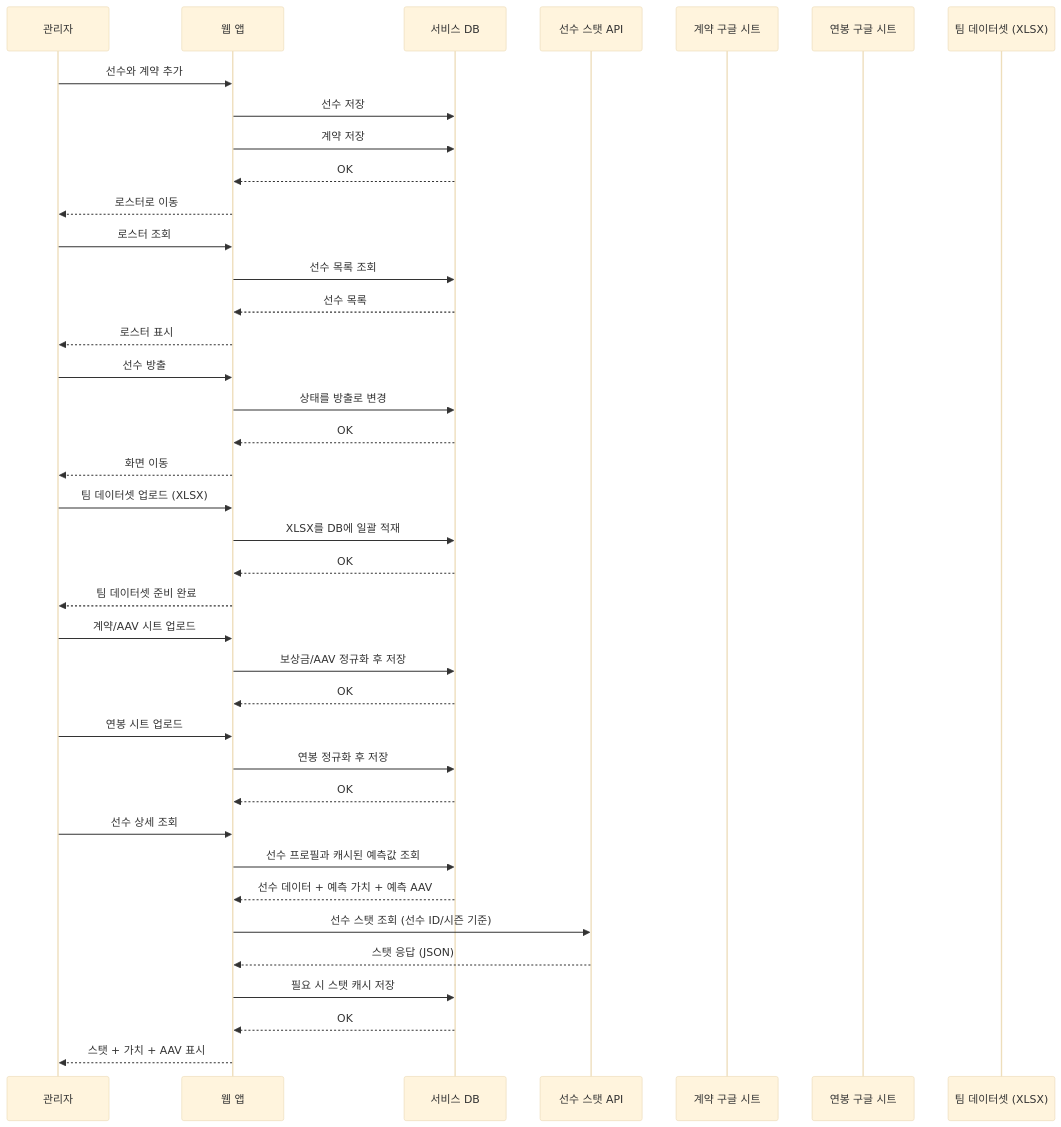
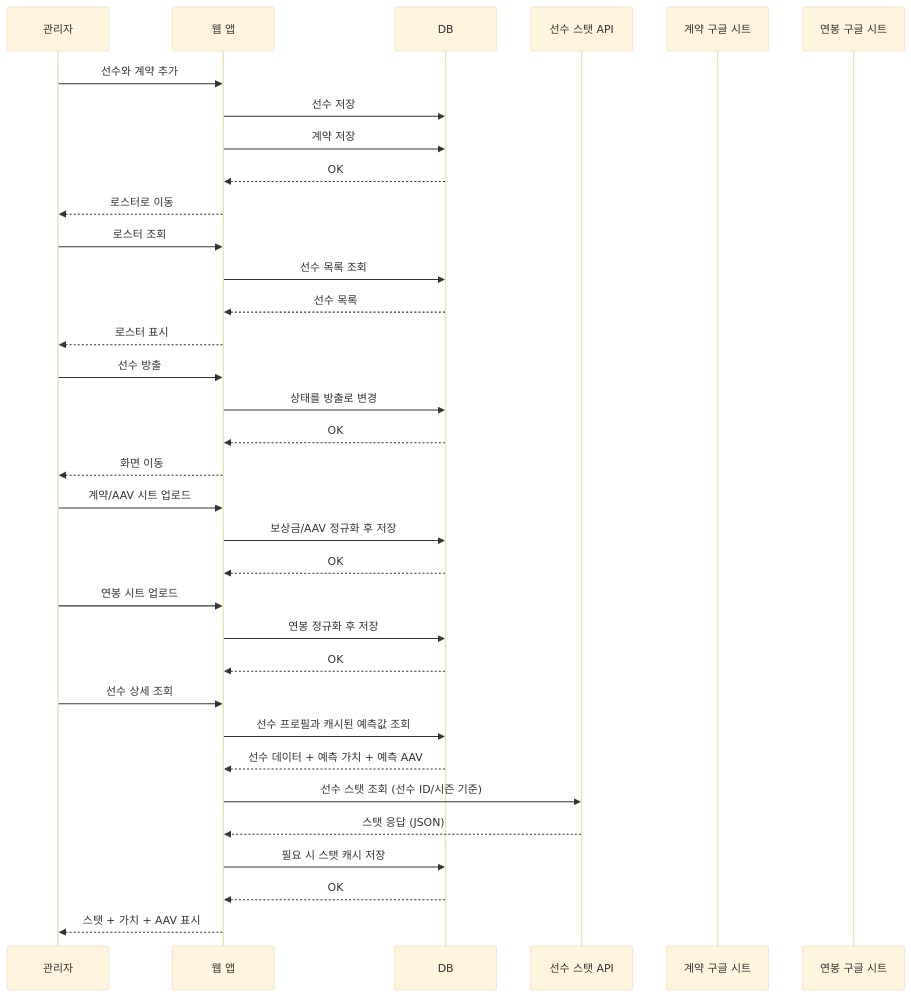
One commit to yechuk/backend changed the third of 5 diagrams in ARCHITECTURE_TOBE.md. Above: the diagram before and after it, drawn with Mermaid (base theme). The commit also changed other lines of this file and 3 other files, not shown here.

````diff
--- a/ARCHITECTURE_TOBE.md
+++ b/ARCHITECTURE_TOBE.md
@@ -133,48 +67,42 @@
 ```mermaid
 sequenceDiagram
     participant M as 관리자
     participant W as 웹 앱
-    participant DB as 서비스 DB
+    participant DB as DB
     participant API as 선수 스탯 API
     participant GS1 as 계약 구글 시트
     participant GS2 as 연봉 구글 시트
-    participant XLSX as 팀 데이터셋 (XLSX)
     
     M->>W: 선수와 계약 추가
     W->>DB: 선수 저장
     W->>DB: 계약 저장
     DB-->>W: OK
     W-->>M: 로스터로 이동
     
     M->>W: 로스터 조회
     W->>DB: 선수 목록 조회
     DB-->>W: 선수 목록
     W-->>M: 로스터 표시
     
     M->>W: 선수 방출
     W->>DB: 상태를 방출로 변경
     DB-->>W: OK
     W-->>M: 화면 이동
-
-    M->>W: 팀 데이터셋 업로드 (XLSX)
-    W->>DB: XLSX를 DB에 일괄 적재
-    DB-->>W: OK
-    W-->>M: 팀 데이터셋 준비 완료
 
     M->>W: 계약/AAV 시트 업로드
     W->>DB: 보상금/AAV 정규화 후 저장
     DB-->>W: OK
 
     M->>W: 연봉 시트 업로드
     W->>DB: 연봉 정규화 후 저장
     DB-->>W: OK
 
     M->>W: 선수 상세 조회
     W->>DB: 선수 프로필과 캐시된 예측값 조회
     DB-->>W: 선수 데이터 + 예측 가치 + 예측 AAV
     W->>API: 선수 스탯 조회 (선수 ID/시즌 기준)
     API-->>W: 스탯 응답 (JSON)
     W->>DB: 필요 시 스탯 캐시 저장
     DB-->>W: OK
     W-->>M: 스탯 + 가치 + AAV 표시
 ```
````
